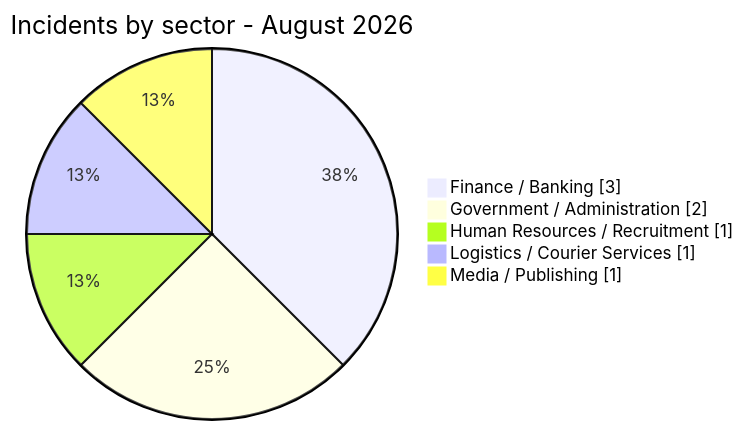
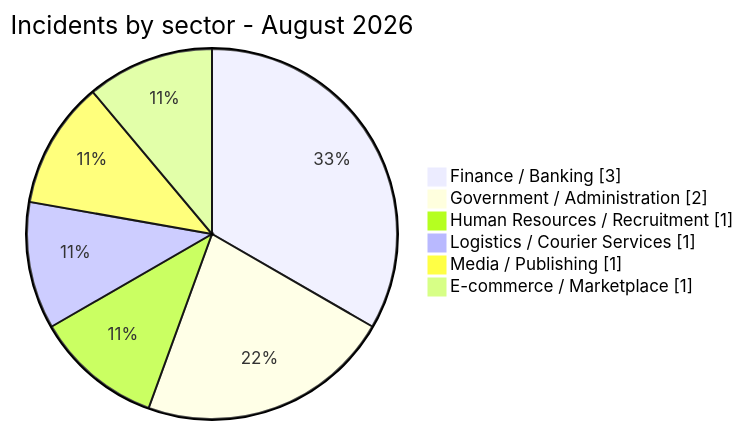
One commit to Hatchepsoute/AFRINTEL changed the second of 2 diagrams in CyberAttackAfrica/2026/08-august/README.md. Above: the diagram before and after it, drawn with Mermaid. The commit also changed other lines of this file and 4 other files, not shown here.

````diff
--- a/CyberAttackAfrica/2026/08-august/README.md
+++ b/CyberAttackAfrica/2026/08-august/README.md
@@ -98,9 +99,10 @@
 ```mermaid
 pie showData
 title Incidents by sector - August 2026
 "Finance / Banking" : 3
 "Government / Administration" : 2
 "Human Resources / Recruitment" : 1
 "Logistics / Courier Services" : 1
 "Media / Publishing" : 1
+"E-commerce / Marketplace" : 1
 ```
````
